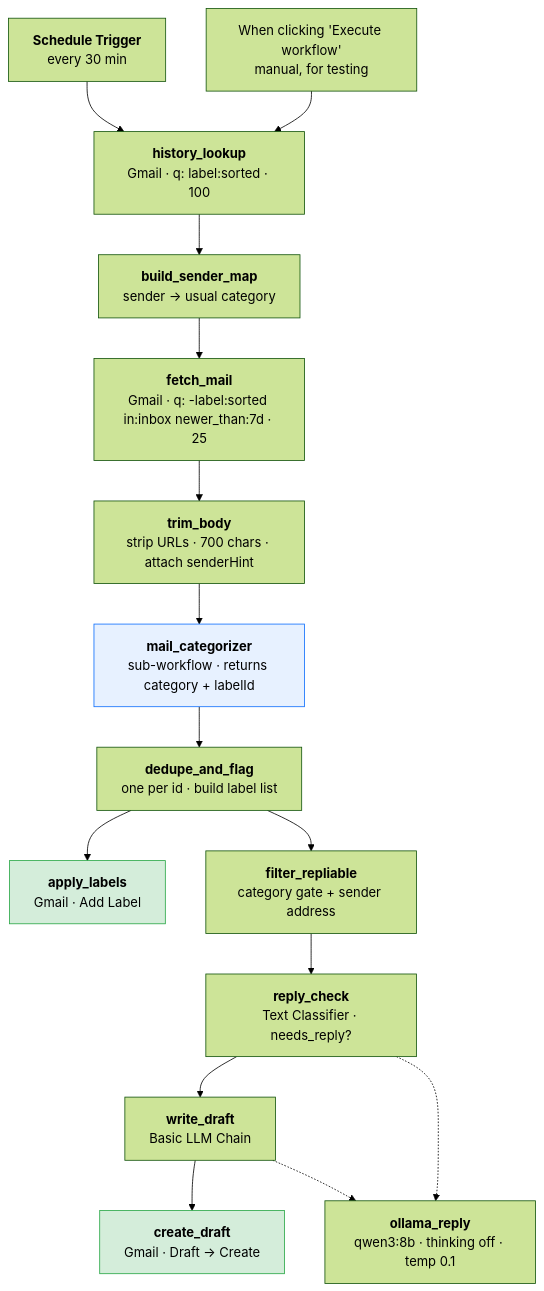
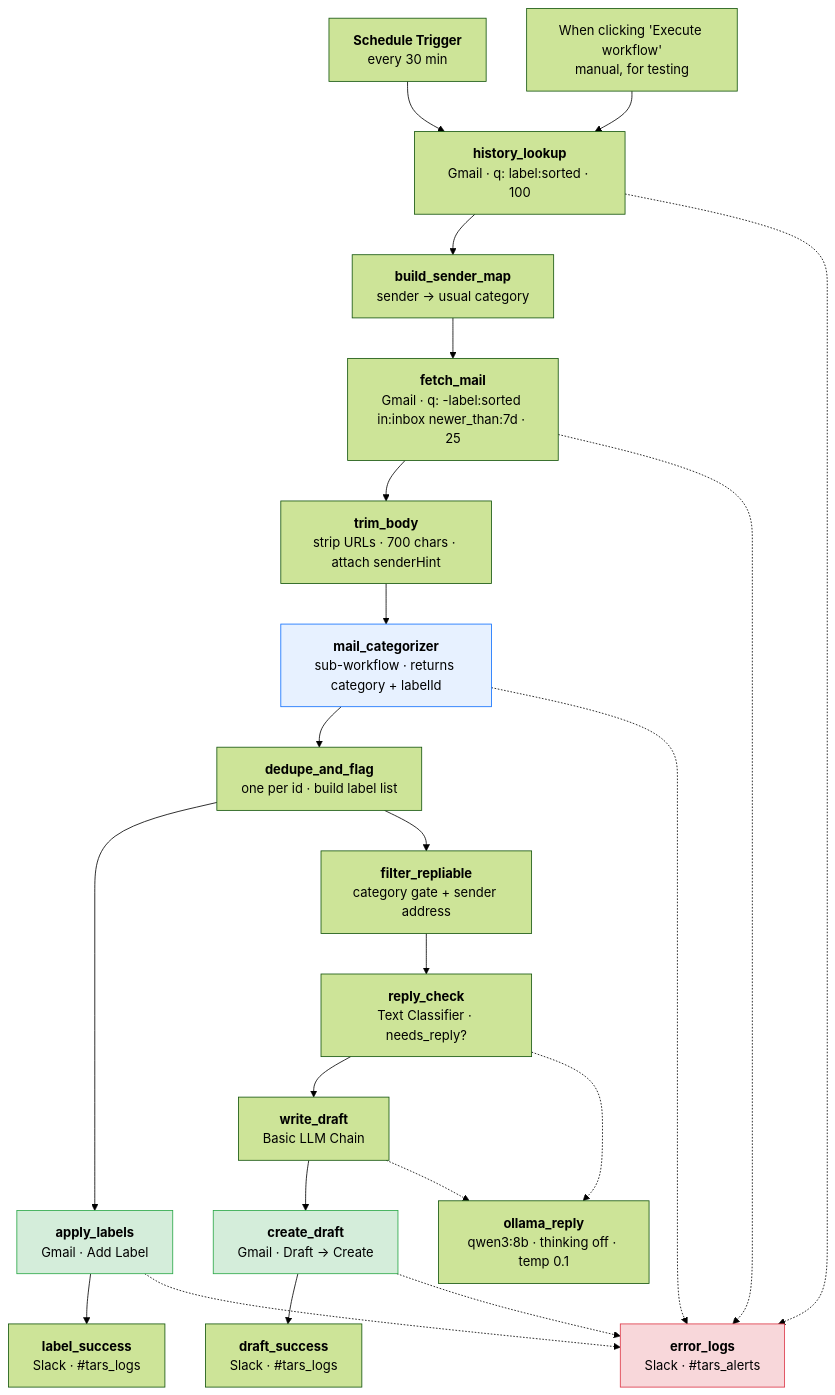
The diagram in docs/mail_label_draft.md (zeltraxion/automation-stack), drawn with Mermaid (forest theme) before and after one commit. The commit also changed other lines of this file, not shown here.

Commit message:
docs: describe the mail logging cards, retries and error outputs

````diff
--- a/docs/mail_label_draft.md
+++ b/docs/mail_label_draft.md
@@ -17,27 +17,38 @@
 ```mermaid
 flowchart TD
     T1["<b>Schedule Trigger</b><br/>every 30 min"]
     T2["When clicking 'Execute workflow'<br/>manual, for testing"]
     H["<b>history_lookup</b><br/>Gmail · q: label:sorted · 100"]
     M["<b>build_sender_map</b><br/>sender → usual category"]
     F["<b>fetch_mail</b><br/>Gmail · q: -label:sorted in:inbox newer_than:7d · 25"]
     B["<b>trim_body</b><br/>strip URLs · 700 chars · attach senderHint"]
     C["<b>mail_categorizer</b><br/>sub-workflow · returns category + labelId"]
     D["<b>dedupe_and_flag</b><br/>one per id · build label list"]
     A["<b>apply_labels</b><br/>Gmail · Add Label"]
     R["<b>filter_repliable</b><br/>category gate + sender address"]
     K["<b>reply_check</b><br/>Text Classifier · needs_reply?"]
     W["<b>write_draft</b><br/>Basic LLM Chain"]
     O["<b>ollama_reply</b><br/>qwen3:8b · thinking off · temp 0.1"]
     G["<b>create_draft</b><br/>Gmail · Draft → Create"]
+    L1["<b>label_success</b><br/>Slack · #tars_logs"]
+    L2["<b>draft_success</b><br/>Slack · #tars_logs"]
+    L3["<b>error_logs</b><br/>Slack · #tars_alerts"]
     T1 --> H
     T2 --> H
     H --> M --> F --> B --> C --> D
     D --> A
     D --> R --> K --> W --> G
     K -.-> O
     W -.-> O
+    A --> L1
+    G --> L2
+    H -.-> L3
+    F -.-> L3
+    C -.-> L3
+    A -.-> L3
+    G -.-> L3
+    style L3 fill:#f8d7da,stroke:#dc3545
     style C fill:#e7f1ff,stroke:#0d6efd
     style A fill:#d4edda,stroke:#28a745
     style G fill:#d4edda,stroke:#28a745
 ```
````
